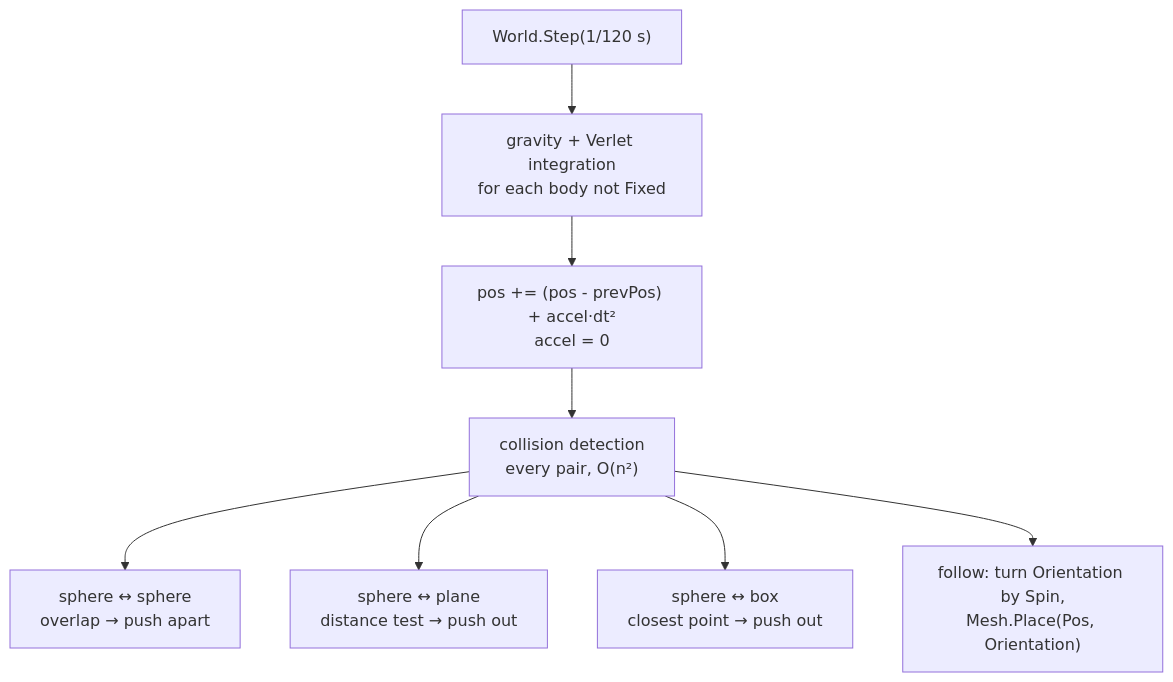
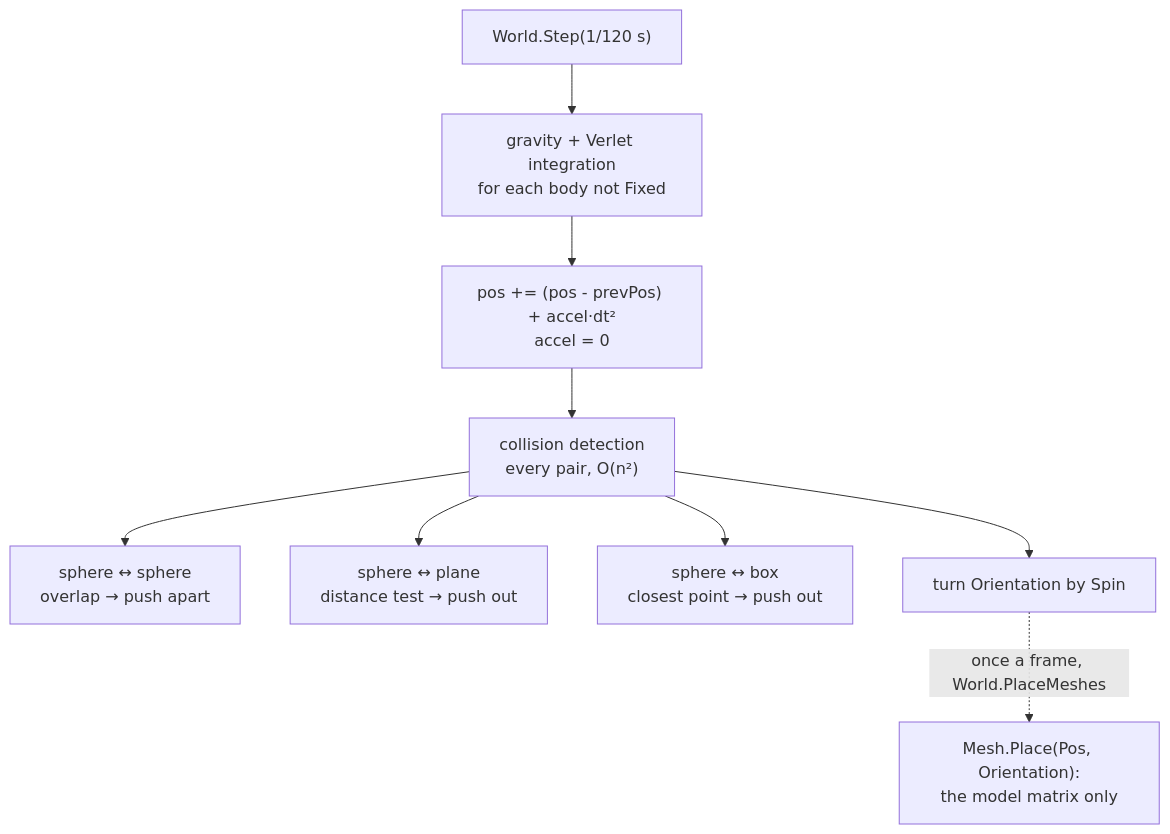
The second of 2 diagrams in notes/FEATURES.md (Zephyr75/overdrive), drawn with Mermaid before and after one commit. The commit also changed other lines of this file and 12 other files, not shown here.

````diff
--- a/notes/FEATURES.md
+++ b/notes/FEATURES.md
@@ -216,11 +216,12 @@
 ```mermaid
 flowchart TD
     W["World.Step(1/120 s)"]
     W --> V["gravity + Verlet integration<br/>for each body not Fixed"]
     V --> VI["pos += (pos - prevPos) + accel·dt²<br/>accel = 0"]
     VI --> C["collision detection<br/>every pair, O(n²)"]
     C --> SS["sphere ↔ sphere<br/>overlap → push apart"]
     C --> SP["sphere ↔ plane<br/>distance test → push out"]
     C --> SB["sphere ↔ box<br/>closest point → push out"]
-    C --> F["follow: turn Orientation by Spin,<br/>Mesh.Place(Pos, Orientation)"]
+    C --> F["turn Orientation by Spin"]
+    F -.->|"once a frame, World.PlaceMeshes"| PL["Mesh.Place(Pos, Orientation):<br/>the model matrix only"]
 ```
````
